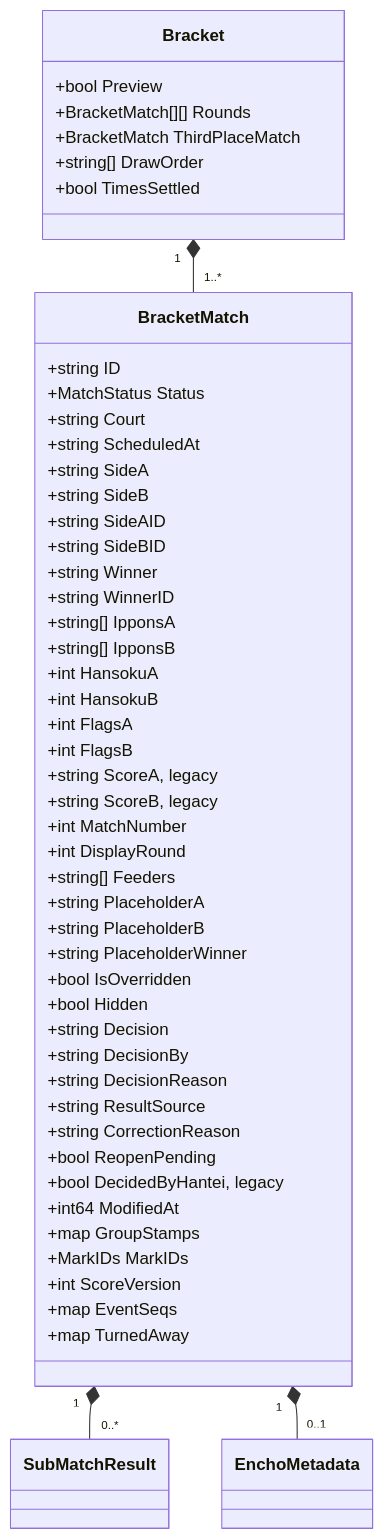
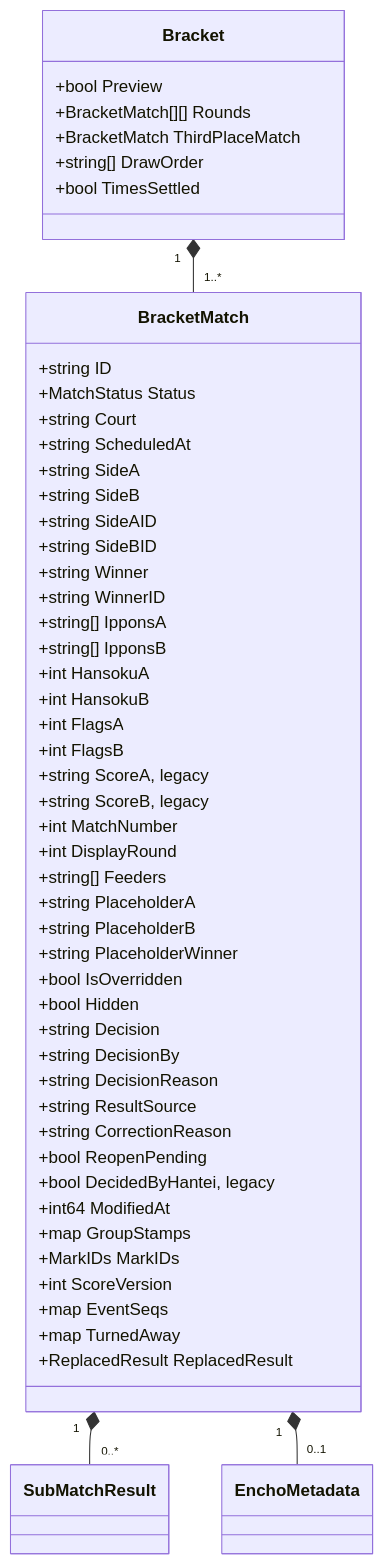
Before and after one commit to gitrgoliveira/bracket-creator: the fifth of 8 diagrams in docs/architecture/data-model.md, drawn with Mermaid. The commit also changed other lines of this file and 64 other files, not shown here.

````diff
--- a/docs/architecture/data-model.md
+++ b/docs/architecture/data-model.md
@@ -494,61 +495,62 @@
 ```mermaid
 classDiagram
     direction TB
 
     class Bracket {
         +bool Preview
         +BracketMatch[][] Rounds
         +BracketMatch ThirdPlaceMatch
         +string[] DrawOrder
         +bool TimesSettled
     }
 
     class BracketMatch {
         +string ID
         +MatchStatus Status
         +string Court
         +string ScheduledAt
         +string SideA
         +string SideB
         +string SideAID
         +string SideBID
         +string Winner
         +string WinnerID
         +string[] IpponsA
         +string[] IpponsB
         +int HansokuA
         +int HansokuB
         +int FlagsA
         +int FlagsB
         +string ScoreA, legacy
         +string ScoreB, legacy
         +int MatchNumber
         +int DisplayRound
         +string[] Feeders
         +string PlaceholderA
         +string PlaceholderB
         +string PlaceholderWinner
         +bool IsOverridden
         +bool Hidden
         +string Decision
         +string DecisionBy
         +string DecisionReason
         +string ResultSource
         +string CorrectionReason
         +bool ReopenPending
         +bool DecidedByHantei, legacy
         +int64 ModifiedAt
         +map GroupStamps
         +MarkIDs MarkIDs
         +int ScoreVersion
         +map EventSeqs
         +map TurnedAway
+        +ReplacedResult ReplacedResult
     }
 
     class SubMatchResult
     class EnchoMetadata
 
     Bracket "1" *-- "1..*" BracketMatch
     BracketMatch "1" *-- "0..*" SubMatchResult
     BracketMatch "1" *-- "0..1" EnchoMetadata
 ```
````
